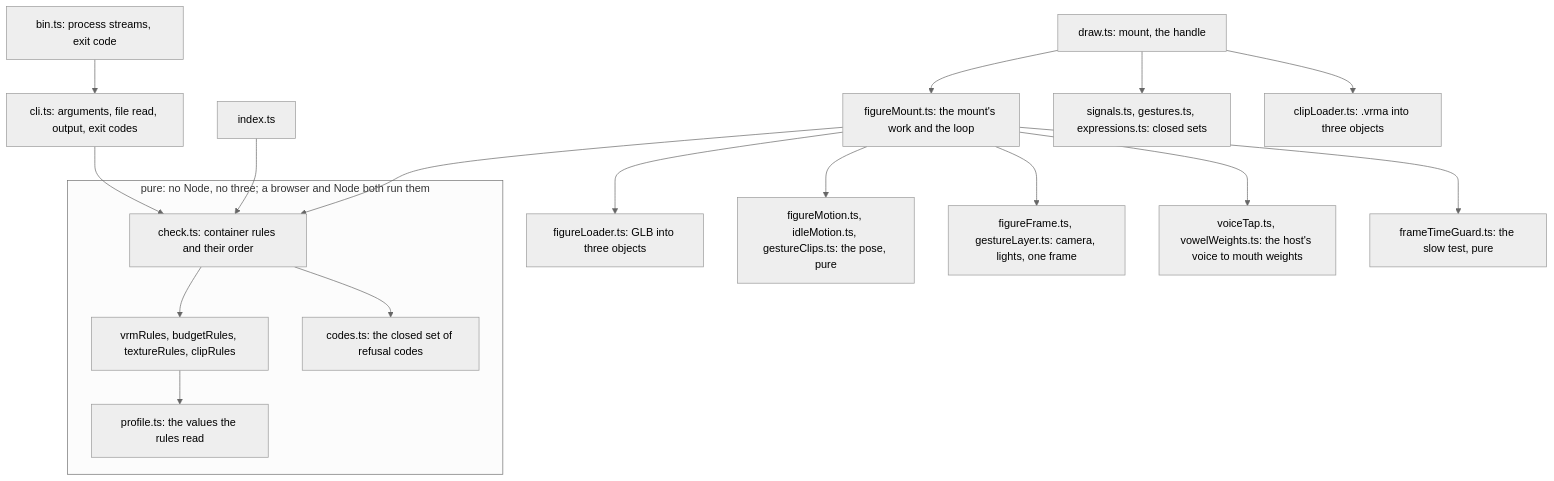
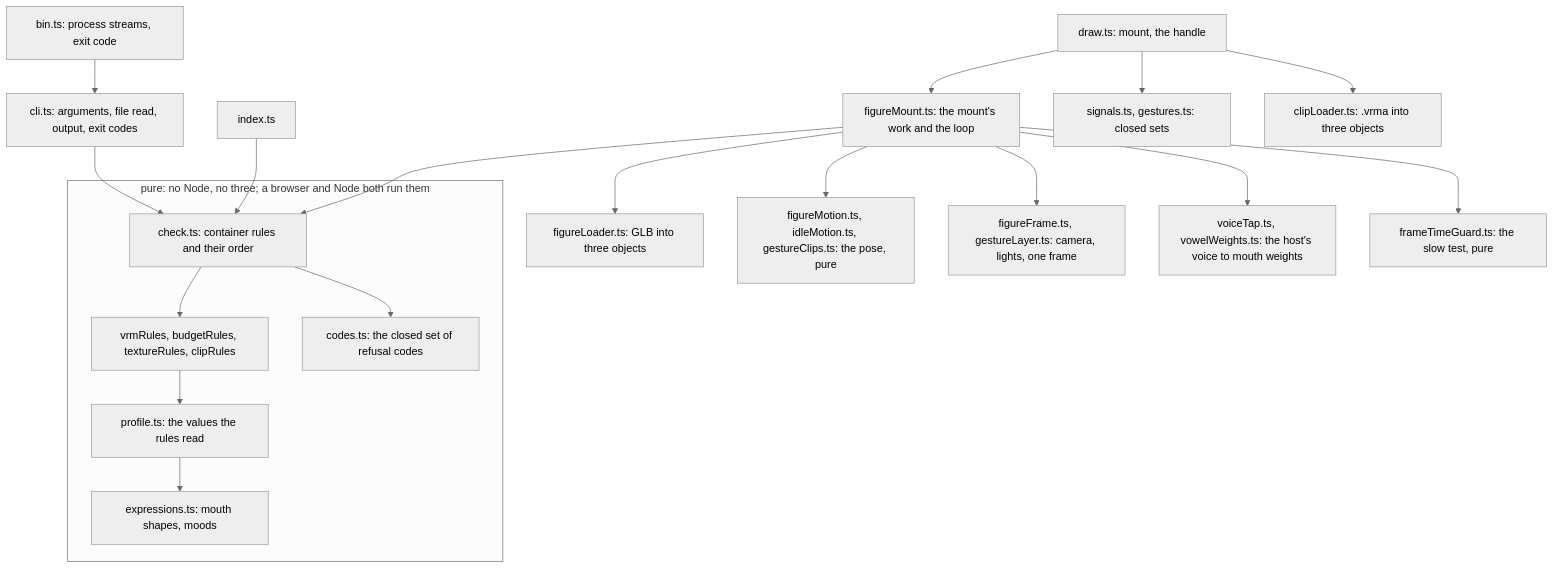
Before and after one commit to overnightworks/figure: the second of 4 diagrams in docs/ARCHITECTURE.md, drawn with Mermaid (neutral theme). The commit also changed other lines of this file, not shown here.

Commit message:
State the closed signal set and the exact pure-module imports in ARCHITECTURE.md

````diff
--- a/docs/ARCHITECTURE.md
+++ b/docs/ARCHITECTURE.md
@@ -22,19 +22,19 @@
 ```mermaid
 flowchart TD
     bin["bin.ts: process streams, exit code"] --> cli["cli.ts: arguments, file read, output, exit codes"]
     cli --> check
     subgraph pure["pure: no Node, no three; a browser and Node both run them"]
         check["check.ts: container rules and their order"] --> rules["vrmRules, budgetRules, textureRules, clipRules"]
-        rules --> profile["profile.ts: the values the rules read"]
+        rules --> profile["profile.ts: the values the rules read"] --> expressions["expressions.ts: mouth shapes, moods"]
         check --> codes["codes.ts: the closed set of refusal codes"]
     end
     index["index.ts"] --> check
     draw["draw.ts: mount, the handle"] --> figureMount["figureMount.ts: the mount's work and the loop"]
     figureMount --> check
     figureMount --> loaders["figureLoader.ts: GLB into three objects"]
     figureMount --> motion["figureMotion.ts, idleMotion.ts, gestureClips.ts: the pose, pure"]
     figureMount --> frame["figureFrame.ts, gestureLayer.ts: camera, lights, one frame"]
     figureMount --> voice["voiceTap.ts, vowelWeights.ts: the host's voice to mouth weights"]
     figureMount --> guard["frameTimeGuard.ts: the slow test, pure"]
-    draw --> signals["signals.ts, gestures.ts, expressions.ts: closed sets"] & clipLoader["clipLoader.ts: .vrma into three objects"]
+    draw --> signals["signals.ts, gestures.ts: closed sets"] & clipLoader["clipLoader.ts: .vrma into three objects"]
 ```
````
